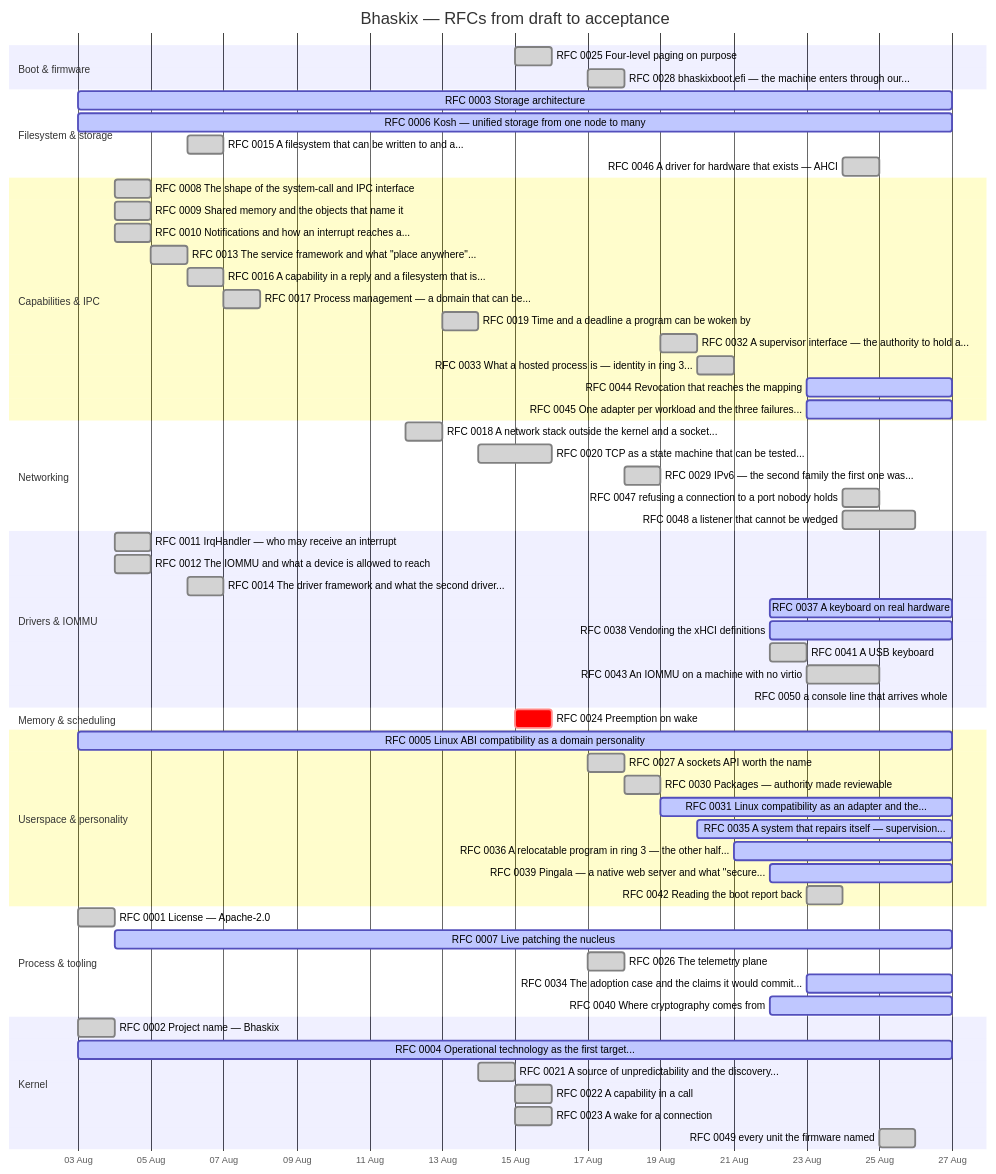
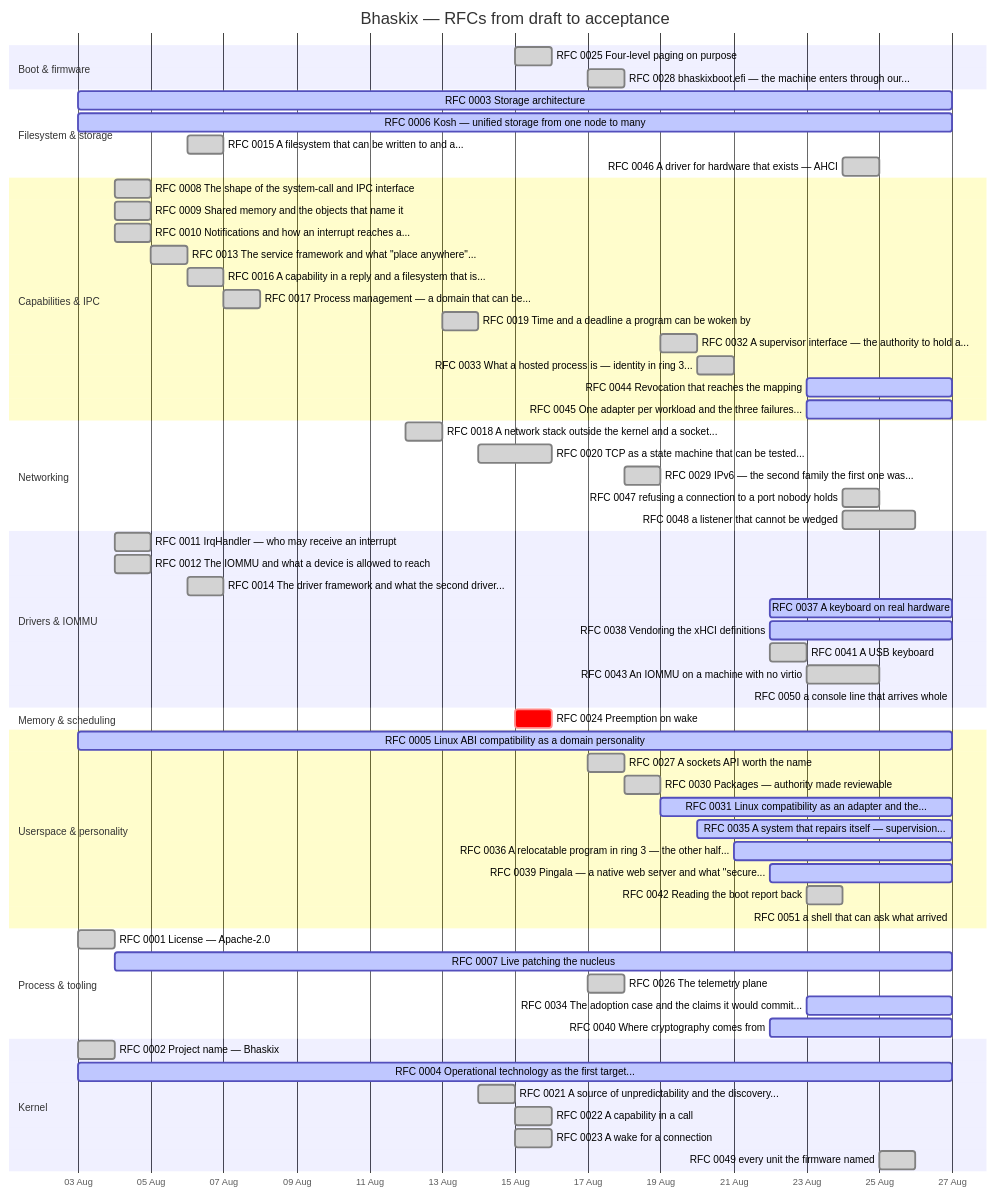
Before and after one commit to bhaskix/bhaskix: the diagram in docs/progress.md, drawn with Mermaid. The commit also changed other lines of this file and 2 other files, not shown here.

First line of the commit message:
tools: the chart mistake happened twice in one day, so it stopped being a comment and became a warning

````diff
--- a/docs/progress.md
+++ b/docs/progress.md
@@ -24,66 +24,67 @@
 ```mermaid
 gantt
     title Bhaskix — RFCs from draft to acceptance
     dateFormat YYYY-MM-DD
     axisFormat %d %b
     todayMarker off
     section Boot & firmware
     RFC 0025 Four-level paging on purpose :done, r0025, 2026-08-15, 2026-08-16
     RFC 0028 bhaskixboot.efi — the machine enters through our... :done, r0028, 2026-08-17, 2026-08-18
     section Filesystem & storage
     RFC 0003 Storage architecture :active, r0003, 2026-08-03, 2026-08-27
     RFC 0006 Kosh — unified storage from one node to many :active, r0006, 2026-08-03, 2026-08-27
     RFC 0015 A filesystem that can be written to and a... :done, r0015, 2026-08-06, 1d
     RFC 0046 A driver for hardware that exists — AHCI :done, r0046, 2026-08-24, 1d
     section Capabilities & IPC
     RFC 0008 The shape of the system-call and IPC interface :done, r0008, 2026-08-04, 1d
     RFC 0009 Shared memory and the objects that name it :done, r0009, 2026-08-04, 1d
     RFC 0010 Notifications and how an interrupt reaches a... :done, r0010, 2026-08-04, 1d
     RFC 0013 The service framework and what "place anywhere"... :done, r0013, 2026-08-05, 1d
     RFC 0016 A capability in a reply and a filesystem that is... :done, r0016, 2026-08-06, 2026-08-07
     RFC 0017 Process management — a domain that can be... :done, r0017, 2026-08-07, 1d
     RFC 0019 Time and a deadline a program can be woken by :done, r0019, 2026-08-13, 2026-08-14
     RFC 0032 A supervisor interface — the authority to hold a... :done, r0032, 2026-08-19, 2026-08-20
     RFC 0033 What a hosted process is — identity in ring 3... :done, r0033, 2026-08-20, 1d
     RFC 0044 Revocation that reaches the mapping :active, r0044, 2026-08-23, 2026-08-27
     RFC 0045 One adapter per workload and the three failures... :active, r0045, 2026-08-23, 2026-08-27
     section Networking
     RFC 0018 A network stack outside the kernel and a socket... :done, r0018, 2026-08-12, 2026-08-13
     RFC 0020 TCP as a state machine that can be tested... :done, r0020, 2026-08-14, 2026-08-16
     RFC 0029 IPv6 — the second family the first one was... :done, r0029, 2026-08-18, 1d
     RFC 0047 refusing a connection to a port nobody holds :done, r0047, 2026-08-24, 1d
     RFC 0048 a listener that cannot be wedged :done, r0048, 2026-08-24, 2026-08-26
     section Drivers & IOMMU
     RFC 0011 IrqHandler — who may receive an interrupt :done, r0011, 2026-08-04, 1d
     RFC 0012 The IOMMU and what a device is allowed to reach :done, r0012, 2026-08-04, 1d
     RFC 0014 The driver framework and what the second driver... :done, r0014, 2026-08-06, 1d
     RFC 0037 A keyboard on real hardware :active, r0037, 2026-08-22, 2026-08-27
     RFC 0038 Vendoring the xHCI definitions :active, r0038, 2026-08-22, 2026-08-27
     RFC 0041 A USB keyboard :done, r0041, 2026-08-22, 2026-08-23
     RFC 0043 An IOMMU on a machine with no virtio :done, r0043, 2026-08-23, 2026-08-25
     RFC 0050 a console line that arrives whole :active, r0050, 2026-08-27, 2026-08-27
     section Memory & scheduling
     RFC 0024 Preemption on wake :crit, r0024, 2026-08-15, 1d
     section Userspace & personality
     RFC 0005 Linux ABI compatibility as a domain personality :active, r0005, 2026-08-03, 2026-08-27
     RFC 0027 A sockets API worth the name :done, r0027, 2026-08-17, 1d
     RFC 0030 Packages — authority made reviewable :done, r0030, 2026-08-18, 2026-08-19
     RFC 0031 Linux compatibility as an adapter and the... :active, r0031, 2026-08-19, 2026-08-27
     RFC 0035 A system that repairs itself — supervision... :active, r0035, 2026-08-20, 2026-08-27
     RFC 0036 A relocatable program in ring 3 — the other half... :active, r0036, 2026-08-21, 2026-08-27
     RFC 0039 Pingala — a native web server and what "secure... :active, r0039, 2026-08-22, 2026-08-27
     RFC 0042 Reading the boot report back :done, r0042, 2026-08-23, 1d
+    RFC 0051 a shell that can ask what arrived :active, r0051, 2026-08-27, 2026-08-27
     section Process & tooling
     RFC 0001 License — Apache-2.0 :done, r0001, 2026-08-03, 1d
     RFC 0007 Live patching the nucleus :active, r0007, 2026-08-04, 2026-08-27
     RFC 0026 The telemetry plane :done, r0026, 2026-08-17, 1d
     RFC 0034 The adoption case and the claims it would commit... :active, r0034, 2026-08-23, 2026-08-27
     RFC 0040 Where cryptography comes from :active, r0040, 2026-08-22, 2026-08-27
     section Kernel
     RFC 0002 Project name — Bhaskix :done, r0002, 2026-08-03, 1d
     RFC 0004 Operational technology as the first target... :active, r0004, 2026-08-03, 2026-08-27
     RFC 0021 A source of unpredictability and the discovery... :done, r0021, 2026-08-14, 1d
     RFC 0022 A capability in a call :done, r0022, 2026-08-15, 2026-08-16
     RFC 0023 A wake for a connection :done, r0023, 2026-08-15, 2026-08-16
     RFC 0049 every unit the firmware named :done, r0049, 2026-08-25, 1d
 ```
````
